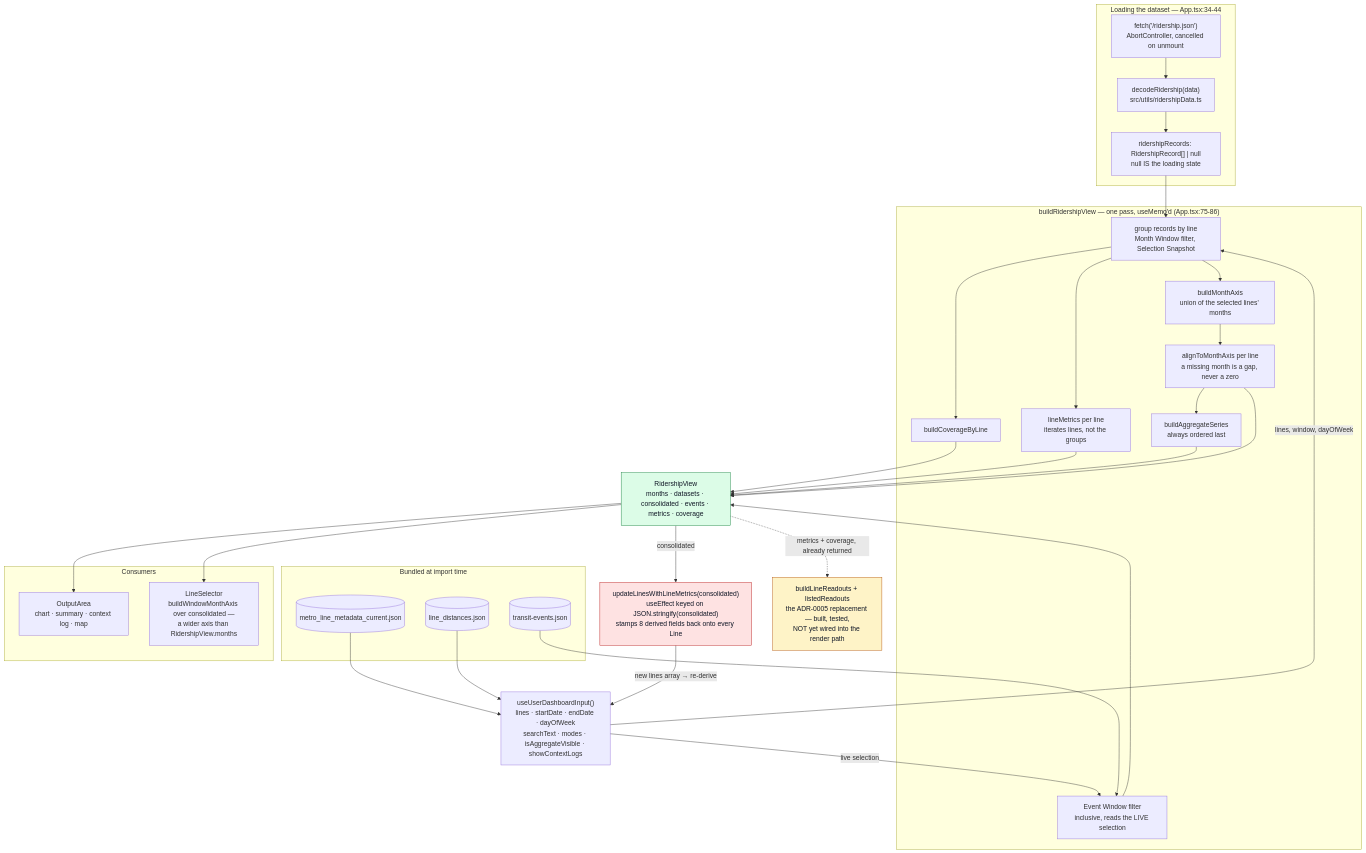
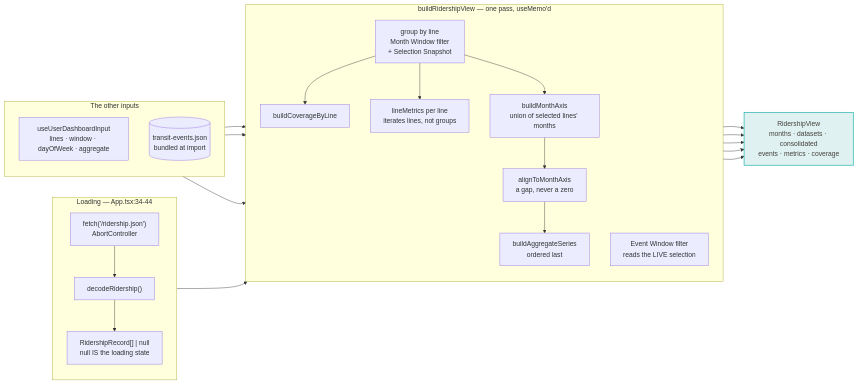
One commit to streetsforall/metro_ridership_app changed the fifth of 21 diagrams in docs/architecture/diagrams.md. Above: the diagram before and after it, drawn with Mermaid. The commit also changed other lines of this file and 38 other files, not shown here.

First line of the commit message:
docs: redraw the diagrams in the app's palette, and unstick CLAUDE.md

````diff
--- a/docs/architecture/diagrams.md
+++ b/docs/architecture/diagrams.md
@@ -323,66 +324,47 @@
 ```mermaid
-flowchart TB
-  subgraph load["Loading the dataset — App.tsx:34-44"]
-    fetchCall["fetch('/ridership.json')<br/>AbortController, cancelled on unmount"]
-    decode["decodeRidership(data)<br/>src/utils/ridershipData.ts"]
-    records["ridershipRecords: RidershipRecord[] | null<br/>null IS the loading state"]
+flowchart LR
+  subgraph loading["Loading — App.tsx:34-44"]
+    direction TB
+    fetchCall["fetch('/ridership.json')<br/>AbortController"]
+    decode["decodeRidership()"]
+    records["RidershipRecord[] | null<br/>null IS the loading state"]
+    fetchCall --> decode --> records
   end
 
-  subgraph bundled["Bundled at import time"]
-    lineMeta[("metro_line_metadata_current.json")]
-    lineDist[("line_distances.json")]
-    eventsJson[("transit-events.json")]
+  subgraph inputs["The other inputs"]
+    direction TB
+    hook["useUserDashboardInput<br/>lines · window · dayOfWeek · aggregate"]
+    eventsJson[("transit-events.json<br/>bundled at import")]
   end
 
-  hook["useUserDashboardInput()<br/>lines · startDate · endDate · dayOfWeek<br/>searchText · modes · isAggregateVisible · showContextLogs"]
+  subgraph derive["buildRidershipView — one pass, useMemo'd"]
+    direction TB
+    group["group by line<br/>Month Window filter<br/>+ Selection Snapshot"]
+    cover["buildCoverageByLine"]
+    metricsLoop["lineMetrics per line<br/>iterates lines, not groups"]
+    axis["buildMonthAxis<br/>union of selected lines' months"]
+    align["alignToMonthAxis<br/>a gap, never a zero"]
+    agg["buildAggregateSeries<br/>ordered last"]
+    evfilter["Event Window filter<br/>reads the LIVE selection"]
 
-  subgraph derive["buildRidershipView — one pass, useMemo'd (App.tsx:75-86)"]
-    group["group records by line<br/>Month Window filter, Selection Snapshot"]
-    cover["buildCoverageByLine"]
-    metricsLoop["lineMetrics per line<br/>iterates lines, not the groups"]
-    axis["buildMonthAxis<br/>union of the selected lines' months"]
-    align["alignToMonthAxis per line<br/>a missing month is a gap, never a zero"]
-    agg["buildAggregateSeries<br/>always ordered last"]
-    evfilter["Event Window filter<br/>inclusive, reads the LIVE selection"]
+    group --> cover
+    group --> metricsLoop
+    group --> axis --> align --> agg
   end
 
-  view["RidershipView<br/>months · datasets · consolidated · events · metrics · coverage"]
+  view["RidershipView<br/>months · datasets · consolidated<br/>events · metrics · coverage"]
 
-  subgraph consumers["Consumers"]
-    outputArea["OutputArea<br/>chart · summary · context log · map"]
-    lineSelector["LineSelector<br/>buildWindowMonthAxis over consolidated —<br/>a wider axis than RidershipView.months"]
-  end
+  records --> group
+  hook --> group
+  hook --> evfilter
+  eventsJson --> evfilter
 
-  writeback["updateLinesWithLineMetrics(consolidated)<br/>useEffect keyed on JSON.stringify(consolidated)<br/>stamps 8 derived fields back onto every Line"]
-
-  readouts["buildLineReadouts + listedReadouts<br/>the ADR-0005 replacement — built, tested,<br/>NOT yet wired into the render path"]
-
-  fetchCall --> decode --> records --> group
-  lineMeta --> hook
-  lineDist --> hook
-  hook -- "lines, window, dayOfWeek" --> group
-  eventsJson --> evfilter
-  hook -- "live selection" --> evfilter
-
-  group --> cover
-  group --> metricsLoop
-  group --> axis --> align --> agg
   cover --> view
   metricsLoop --> view
+  align --> view
   agg --> view
-  align --> view
   evfilter --> view
 
-  view --> outputArea
-  view --> lineSelector
-  view -- "consolidated" --> writeback
-  writeback -- "new lines array → re-derive" --> hook
-  view -. "metrics + coverage, already returned" .-> readouts
-
-  classDef cycle fill:#fee2e2,stroke:#b91c1c,color:#111827
-  classDef pending fill:#fef3c7,stroke:#b45309,color:#111827
-  classDef out fill:#dcfce7,stroke:#15803d,color:#111827
-  class writeback cycle
-  class readouts pending
-  class view out
+  classDef key fill:#dff2f1,stroke:#0fada8,stroke-width:1.5px,color:#44403c
+  class view key
 ```
````
